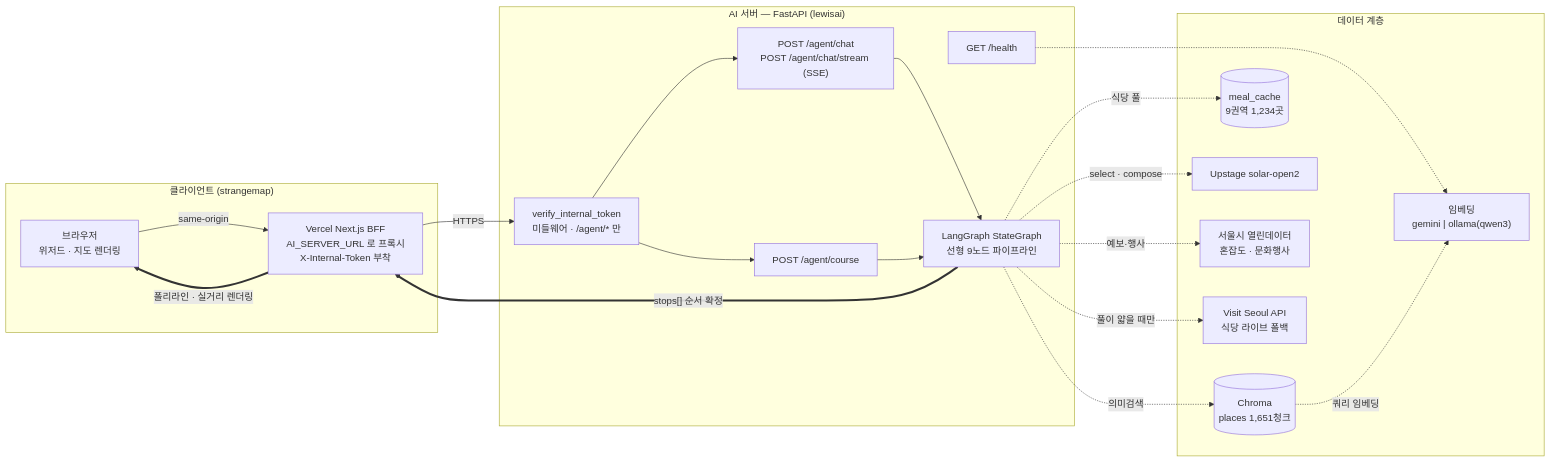
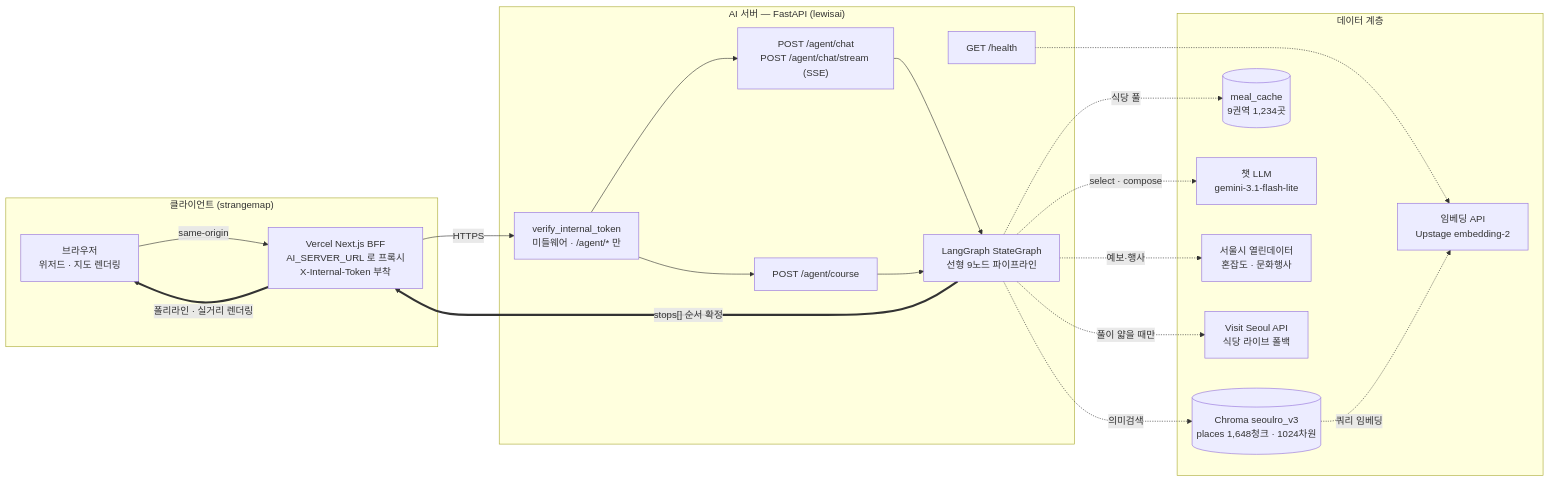
Before and after one commit to seoddhh/lewisai: the first of 3 diagrams in README.md, drawn with Mermaid. The commit also changed other lines of this file, not shown here.

First line of the commit message:
docs:임베딩 전환 내용 README 반영

````diff
--- a/README.md
+++ b/README.md
@@ -56,38 +82,38 @@
 ```mermaid
 flowchart LR
     subgraph client["클라이언트 (strangemap)"]
         BR["브라우저<br/>위저드 · 지도 렌더링"]
         BFF["Vercel Next.js BFF<br/>AI_SERVER_URL 로 프록시<br/>X-Internal-Token 부착"]
     end
 
     subgraph server["AI 서버 — FastAPI (lewisai)"]
         MW["verify_internal_token<br/>미들웨어 · /agent/* 만"]
         R1["POST /agent/chat<br/>POST /agent/chat/stream (SSE)"]
         R2["POST /agent/course"]
         R3["GET /health"]
         G["LangGraph StateGraph<br/>선형 9노드 파이프라인"]
     end
 
     subgraph data["데이터 계층"]
-        CH[("Chroma<br/>places 1,651청크")]
+        CH[("Chroma seoulro_v3<br/>places 1,648청크 · 1024차원")]
         MC[("meal_cache<br/>9권역 1,234곳")]
-        LLM["Upstage solar-open2"]
-        EMB["임베딩<br/>gemini | ollama(qwen3)"]
+        LLM["챗 LLM<br/>gemini-3.1-flash-lite"]
+        EMB["임베딩 API<br/>Upstage embedding-2"]
         SEO["서울시 열린데이터<br/>혼잡도 · 문화행사"]
         VS["Visit Seoul API<br/>식당 라이브 폴백"]
     end
 
     BR -->|same-origin| BFF
     BFF -->|HTTPS| MW
     MW --> R1 --> G
     MW --> R2 --> G
     R3 -.-> EMB
     G -. 의미검색 .-> CH
     CH -. 쿼리 임베딩 .-> EMB
     G -. 식당 풀 .-> MC
     G -. 예보·행사 .-> SEO
     G -. 풀이 얇을 때만 .-> VS
     G -. select · compose .-> LLM
     G ==>|"stops[] 순서 확정"| BFF
     BFF ==>|"폴리라인 · 실거리 렌더링"| BR
 ```
````
